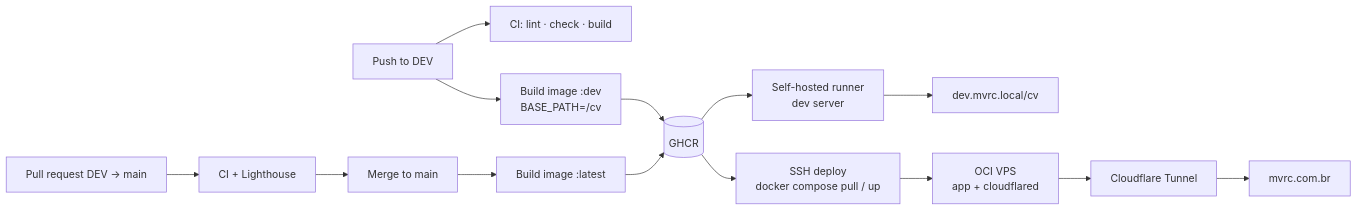
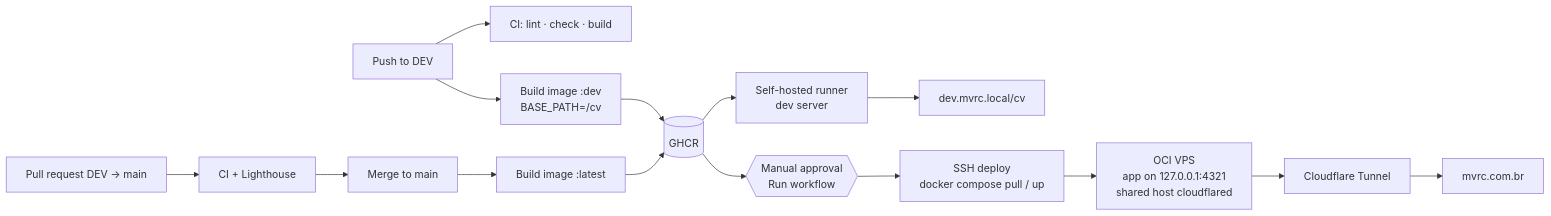
Before and after one commit to MarcosCantelli/CV-Page-MVRC: the diagram in README.md, drawn with Mermaid. The commit also changed other lines of this file and 28 other files, not shown here.

Commit message:
feat(ui): layout 16:9, azul-marinho, logo MVRC, Node.js/Java e acessibilidade feat(deploy): compose de produção atrás do cloudflared do host e setup seguro ci: esteira de produção com aprovação via issue (/approve) docs: SETUP e README

````diff
--- a/README.md
+++ b/README.md
@@ -89,16 +89,17 @@
 ```mermaid
 flowchart LR
   dev[Push to DEV] --> ci1[CI: lint · check · build]
   dev --> img1[Build image :dev<br/>BASE_PATH=/cv]
   img1 --> ghcr[(GHCR)]
   ghcr --> runner[Self-hosted runner<br/>dev server]
   runner --> lan[dev.mvrc.local/cv]
 
   pr[Pull request DEV → main] --> ci2[CI + Lighthouse]
   ci2 --> main[Merge to main]
   main --> img2[Build image :latest]
   img2 --> ghcr
-  ghcr --> ssh[SSH deploy<br/>docker compose pull / up]
-  ssh --> vps[OCI VPS<br/>app + cloudflared]
+  ghcr --> gate{{Manual approval<br/>Run workflow}}
+  gate --> ssh[SSH deploy<br/>docker compose pull / up]
+  ssh --> vps[OCI VPS<br/>app on 127.0.0.1:4321<br/>shared host cloudflared]
   vps --> cf[Cloudflare Tunnel] --> site[mvrc.com.br]
 ```
````
